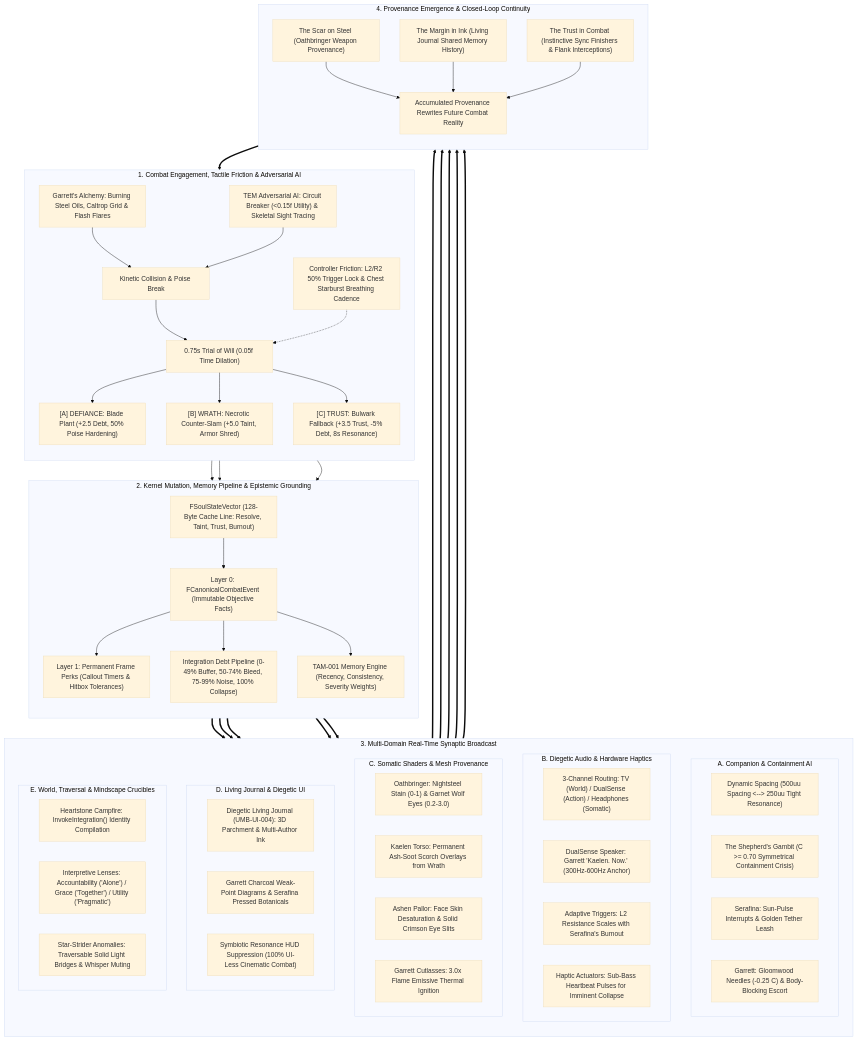
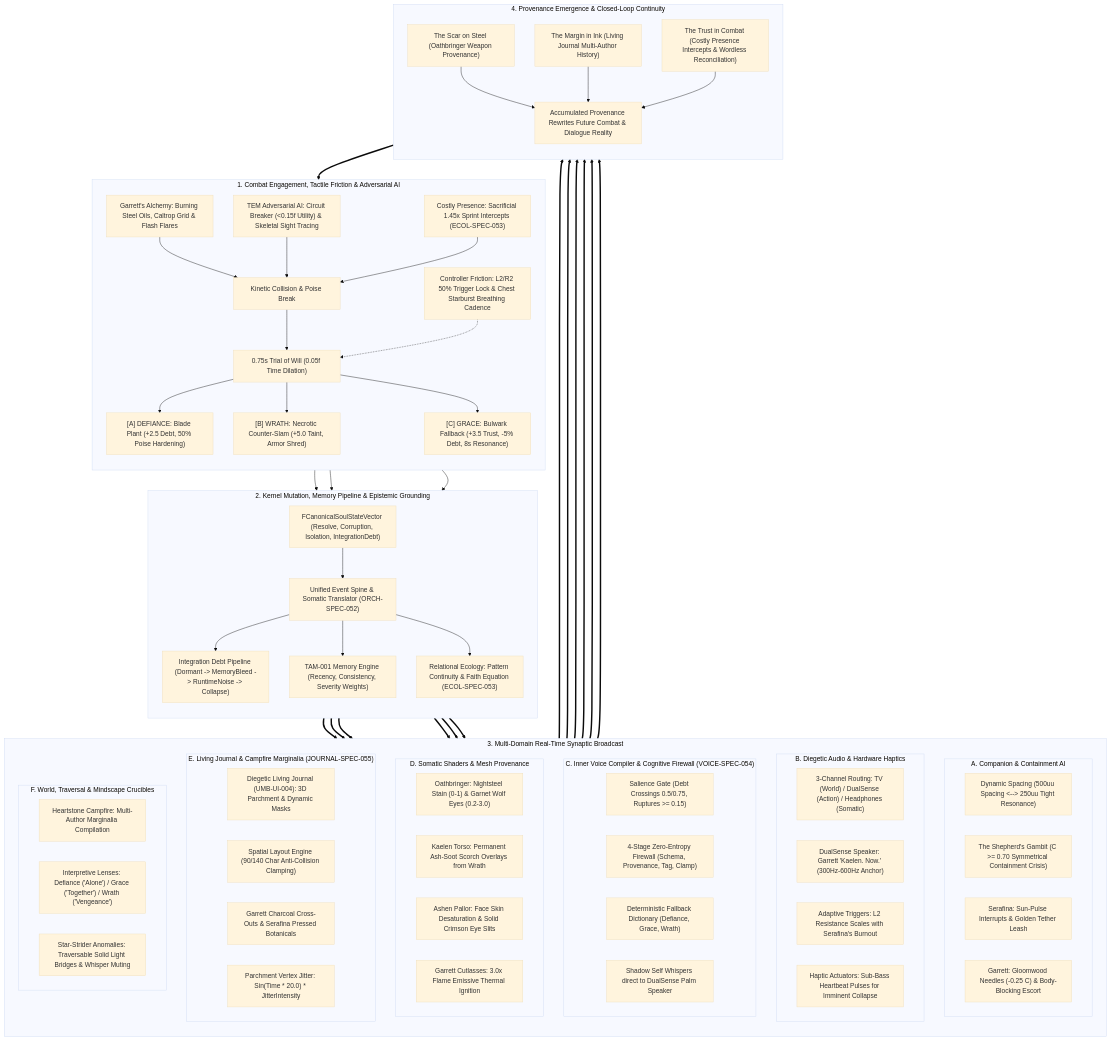
The first of 6 diagrams in Docs/MASTER_ARCHITECTURE_ATLAS.md (Icebane84/Ashen-Oath), drawn with Mermaid (base theme) before and after one commit. The commit also changed other lines of this file, not shown here.

Commit message:
docs(atlas): Update Master Architecture Atlas diagrams to Milestone 2,295 (Master Batches #111-#114)

````diff
--- a/Docs/MASTER_ARCHITECTURE_ATLAS.md
+++ b/Docs/MASTER_ARCHITECTURE_ATLAS.md
@@ -34,11 +35,12 @@
         
         WILL --> CH_A["[A] DEFIANCE: Blade Plant (+2.5 Debt, 50% Poise Hardening)"]
         WILL --> CH_B["[B] WRATH: Necrotic Counter-Slam (+5.0 Taint, Armor Shred)"]
-        WILL --> CH_C["[C] TRUST: Bulwark Fallback (+3.5 Trust, -5% Debt, 8s Resonance)"]
+        WILL --> CH_C["[C] GRACE: Bulwark Fallback (+3.5 Trust, -5% Debt, 8s Resonance)"]
         
         FRICT["Controller Friction: L2/R2 50% Trigger Lock & Chest Starburst Breathing Cadence"] -.-> WILL
         ALCH["Garrett's Alchemy: Burning Steel Oils, Caltrop Grid & Flash Flares"] --> INP
         TEM["TEM Adversarial AI: Circuit Breaker (<0.15f Utility) & Skeletal Sight Tracing"] --> INP
+        COSTLY["Costly Presence: Sacrificial 1.45x Sprint Intercepts (ECOL-SPEC-053)"] --> INP
     end
 
     %% =========================================================================
@@ -46,12 +48,12 @@
     %% =========================================================================
     subgraph S2 ["2. Kernel Mutation, Memory Pipeline & Epistemic Grounding"]
         direction TB
-        CH_A & CH_B & CH_C --> SSV["FSoulStateVector (128-Byte Cache Line: Resolve, Taint, Trust, Burnout)"]
+        CH_A & CH_B & CH_C --> SSV["FCanonicalSoulStateVector (Resolve, Corruption, Isolation, IntegrationDebt)"]
         
-        SSV --> EPI_0["Layer 0: FCanonicalCombatEvent (Immutable Objective Facts)"]
-        EPI_0 --> EPI_1["Layer 1: Permanent Frame Perks (Callout Timers & Hitbox Tolerances)"]
-        EPI_0 --> DEBT["Integration Debt Pipeline (0-49% Buffer, 50-74% Bleed, 75-99% Noise, 100% Collapse)"]
-        EPI_0 --> TAM["TAM-001 Memory Engine (Recency, Consistency, Severity Weights)"]
+        SSV --> SPINE["Unified Event Spine & Somatic Translator (ORCH-SPEC-052)"]
+        SPINE --> DEBT["Integration Debt Pipeline (Dormant -> MemoryBleed -> RuntimeNoise -> Collapse)"]
+        SPINE --> TAM["TAM-001 Memory Engine (Recency, Consistency, Severity Weights)"]
+        SPINE --> ECOL["Relational Ecology: Pattern Continuity & Faith Equation (ECOL-SPEC-053)"]
     end
 
     %% =========================================================================
@@ -74,22 +76,30 @@
             HAP_BEAT["Haptic Actuators: Sub-Bass Heartbeat Pulses for Imminent Collapse"]
         end
         
-        subgraph DOM_VFX ["C. Somatic Shaders & Mesh Provenance"]
+        subgraph DOM_IVC ["C. Inner Voice Compiler & Cognitive Firewall (VOICE-SPEC-054)"]
+            IVC_GATE["Salience Gate (Debt Crossings 0.5/0.75, Ruptures >= 0.15)"]
+            IVC_WALL["4-Stage Zero-Entropy Firewall (Schema, Provenance, Tag, Clamp)"]
+            IVC_FALL["Deterministic Fallback Dictionary (Defiance, Grace, Wrath)"]
+            IVC_SPKR["Shadow Self Whispers direct to DualSense Palm Speaker"]
+        end
+        
+        subgraph DOM_VFX ["D. Somatic Shaders & Mesh Provenance"]
             VFX_WEAP["Oathbringer: Nightsteel Stain (0-1) & Garnet Wolf Eyes (0.2-3.0)"]
             VFX_TORSO["Kaelen Torso: Permanent Ash-Soot Scorch Overlays from Wrath"]
             VFX_FACE["Ashen Pallor: Face Skin Desaturation & Solid Crimson Eye Slits"]
             VFX_BLADE["Garrett Cutlasses: 3.0x Flame Emissive Thermal Ignition"]
         end
         
-        subgraph DOM_UI ["D. Living Journal & Diegetic UI"]
-            UI_JOURN["Diegetic Living Journal (UMB-UI-004): 3D Parchment & Multi-Author Ink"]
-            UI_MARG["Garrett Charcoal Weak-Point Diagrams & Serafina Pressed Botanicals"]
-            UI_SUPP["Symbiotic Resonance HUD Suppression (100% UI-Less Cinematic Combat)"]
+        subgraph DOM_UI ["E. Living Journal & Campfire Marginalia (JOURNAL-SPEC-055)"]
+            UI_JOURN["Diegetic Living Journal (UMB-UI-004): 3D Parchment & Dynamic Masks"]
+            UI_LAYOUT["Spatial Layout Engine (90/140 Char Anti-Collision Clamping)"]
+            UI_MARG["Garrett Charcoal Cross-Outs & Serafina Pressed Botanicals"]
+            UI_JITT["Parchment Vertex Jitter: Sin(Time * 20.0) * JitterIntensity"]
         end
         
-        subgraph DOM_WLD ["E. World, Traversal & Mindscape Crucibles"]
-            WLD_REST["Heartstone Campfire: InvokeIntegration() Identity Compilation"]
-            WLD_LENS["Interpretive Lenses: Accountability ('Alone') / Grace ('Together') / Utility ('Pragmatic')"]
+        subgraph DOM_WLD ["F. World, Traversal & Mindscape Crucibles"]
+            WLD_REST["Heartstone Campfire: Multi-Author Marginalia Compilation"]
+            WLD_LENS["Interpretive Lenses: Defiance ('Alone') / Grace ('Together') / Wrath ('Vengeance')"]
             WLD_STAR["Star-Strider Anomalies: Traversable Solid Light Bridges & Whisper Muting"]
         end
     end
@@ -100,10 +110,10 @@
     subgraph S4 ["4. Provenance Emergence & Closed-Loop Continuity"]
         direction TB
         PROV_STEEL["The Scar on Steel (Oathbringer Weapon Provenance)"]
-        PROV_INK["The Margin in Ink (Living Journal Shared Memory History)"]
-        PROV_TRUST["The Trust in Combat (Instinctive Sync Finishers & Flank Interceptions)"]
+        PROV_INK["The Margin in Ink (Living Journal Multi-Author History)"]
+        PROV_TRUST["The Trust in Combat (Costly Presence Intercepts & Wordless Reconciliation)"]
         
-        PROV_STEEL & PROV_INK & PROV_TRUST --> CYCLE["Accumulated Provenance Rewrites Future Combat Reality"]
+        PROV_STEEL & PROV_INK & PROV_TRUST --> CYCLE["Accumulated Provenance Rewrites Future Combat & Dialogue Reality"]
     end
 
     %% =========================================================================
@@ -111,10 +121,11 @@
     %% =========================================================================
     SSV ==> DOM_AI
     SSV ==> DOM_AUD
+    SSV ==> DOM_IVC
     SSV ==> DOM_VFX
     SSV ==> DOM_UI
     SSV ==> DOM_WLD
 
-    DOM_AI & DOM_AUD & DOM_VFX & DOM_UI & DOM_WLD ==> S4
+    DOM_AI & DOM_AUD & DOM_IVC & DOM_VFX & DOM_UI & DOM_WLD ==> S4
     CYCLE ==> INP
 ```
````
